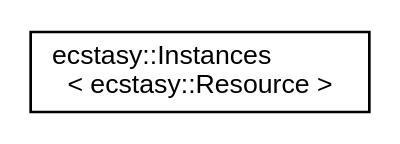
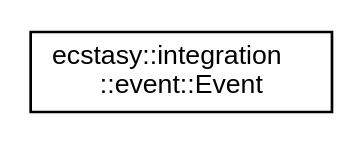
One commit to AndreasLrx/ecstasy changed the diagram in inherit_graph_10.dot. Above: the diagram before and after it, drawn with Graphviz. The commit also changed 394 other files, not shown here.

```diff
--- a/inherit_graph_10.dot
+++ b/inherit_graph_10.dot
@@ -1,8 +1,8 @@
 digraph "Graphical Class Hierarchy"
 {
  // LATEX_PDF_SIZE
   edge [fontname="Helvetica",fontsize="10",labelfontname="Helvetica",labelfontsize="10"];
   node [fontname="Helvetica",fontsize="10",shape=record];
   rankdir="LR";
-  Node0 [label="ecstasy::Instances\l\< ecstasy::Resource \>",height=0.2,width=0.4,color="black", fillcolor="white", style="filled",URL="$classecstasy_1_1_instances.html",tooltip=" "];
+  Node0 [label="ecstasy::integration\l::event::Event",height=0.2,width=0.4,color="black", fillcolor="white", style="filled",URL="$structecstasy_1_1integration_1_1event_1_1_event.html",tooltip="Event class."];
 }
```
